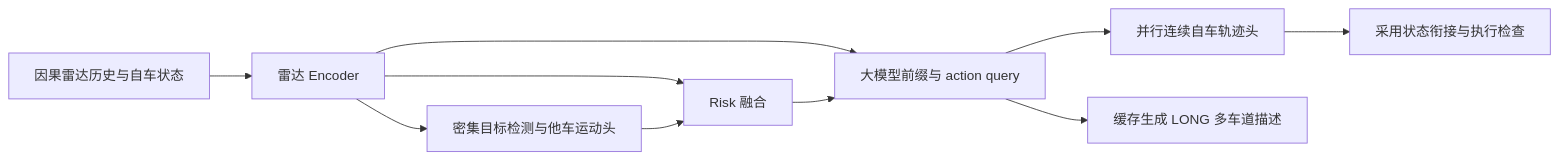
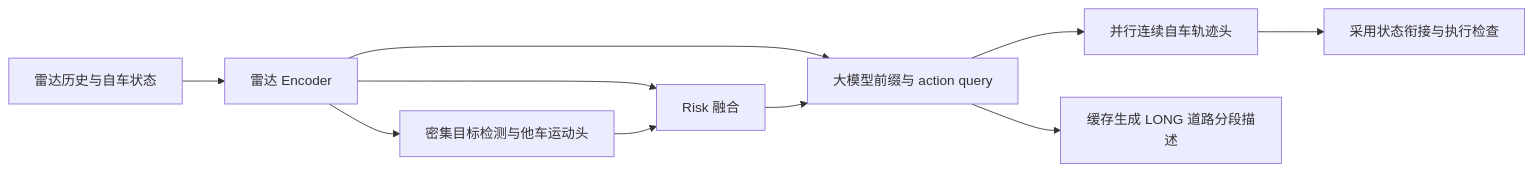
One commit to reflectstars111/RadarVLA changed the diagram in docs/BOTTLENECK_REPAIR_V1.md. Above: the diagram before and after it, drawn with Mermaid. The commit also changed other lines of this file and 3 other files, not shown here.

````diff
--- a/docs/BOTTLENECK_REPAIR_V1.md
+++ b/docs/BOTTLENECK_REPAIR_V1.md
@@ -85,12 +88,12 @@
 ```mermaid
 flowchart LR
-    R[因果雷达历史与自车状态] --> E[雷达 Encoder]
+    R[雷达历史与自车状态] --> E[雷达 Encoder]
     E --> D[密集目标检测与他车运动头]
     E --> K[Risk 融合]
     D --> K
     E --> L[大模型前缀与 action query]
     K --> L
     L --> A[并行连续自车轨迹头]
-    L --> T[缓存生成 LONG 多车道描述]
+    L --> T[缓存生成 LONG 道路分段描述]
     A --> X[采用状态衔接与执行检查]
 ```
````
